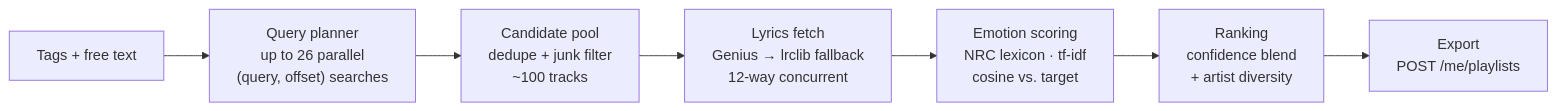
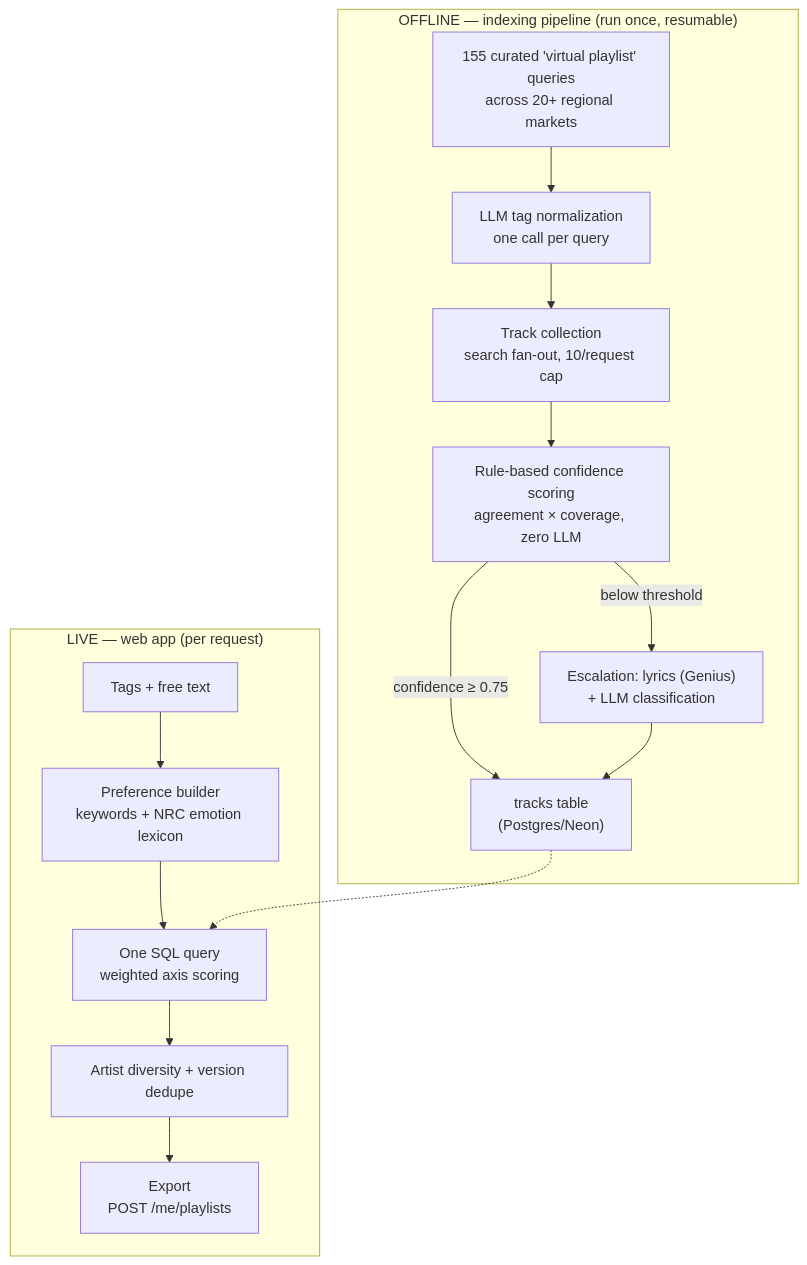
Before and after one commit to BradCage-afk/MoodList: the diagram in README.md, drawn with Mermaid. The commit also changed other lines of this file and 3 other files, not shown here.

First line of the commit message:
v2 polish: README rewrite, env template, indexer npm scripts, query-time version dedupe

````diff
--- a/README.md
+++ b/README.md
@@ -25,9 +25,18 @@
 ```mermaid
-flowchart LR
-    A["Tags + free text"] --> B["Query planner<br/>up to 26 parallel<br/>(query, offset) searches"]
-    B --> C["Candidate pool<br/>dedupe + junk filter<br/>~100 tracks"]
-    C --> D["Lyrics fetch<br/>Genius → lrclib fallback<br/>12-way concurrent"]
-    D --> E["Emotion scoring<br/>NRC lexicon · tf-idf<br/>cosine vs. target"]
-    E --> F["Ranking<br/>confidence blend<br/>+ artist diversity"]
-    F --> G["Export<br/>POST /me/playlists"]
+flowchart TB
+    subgraph offline ["OFFLINE — indexing pipeline (run once, resumable)"]
+        A["155 curated 'virtual playlist' queries<br/>across 20+ regional markets"] --> B["LLM tag normalization<br/>one call per query"]
+        B --> C["Track collection<br/>search fan-out, 10/request cap"]
+        C --> D["Rule-based confidence scoring<br/>agreement × coverage, zero LLM"]
+        D -->|"confidence ≥ 0.75"| E["tracks table<br/>(Postgres/Neon)"]
+        D -->|"below threshold"| F["Escalation: lyrics (Genius)<br/>+ LLM classification"]
+        F --> E
+    end
+    subgraph live ["LIVE — web app (per request)"]
+        G["Tags + free text"] --> H["Preference builder<br/>keywords + NRC emotion lexicon"]
+        H --> I["One SQL query<br/>weighted axis scoring"]
+        I --> J["Artist diversity + version dedupe"]
+        J --> K["Export<br/>POST /me/playlists"]
+    end
+    E -.-> I
 ```
````
